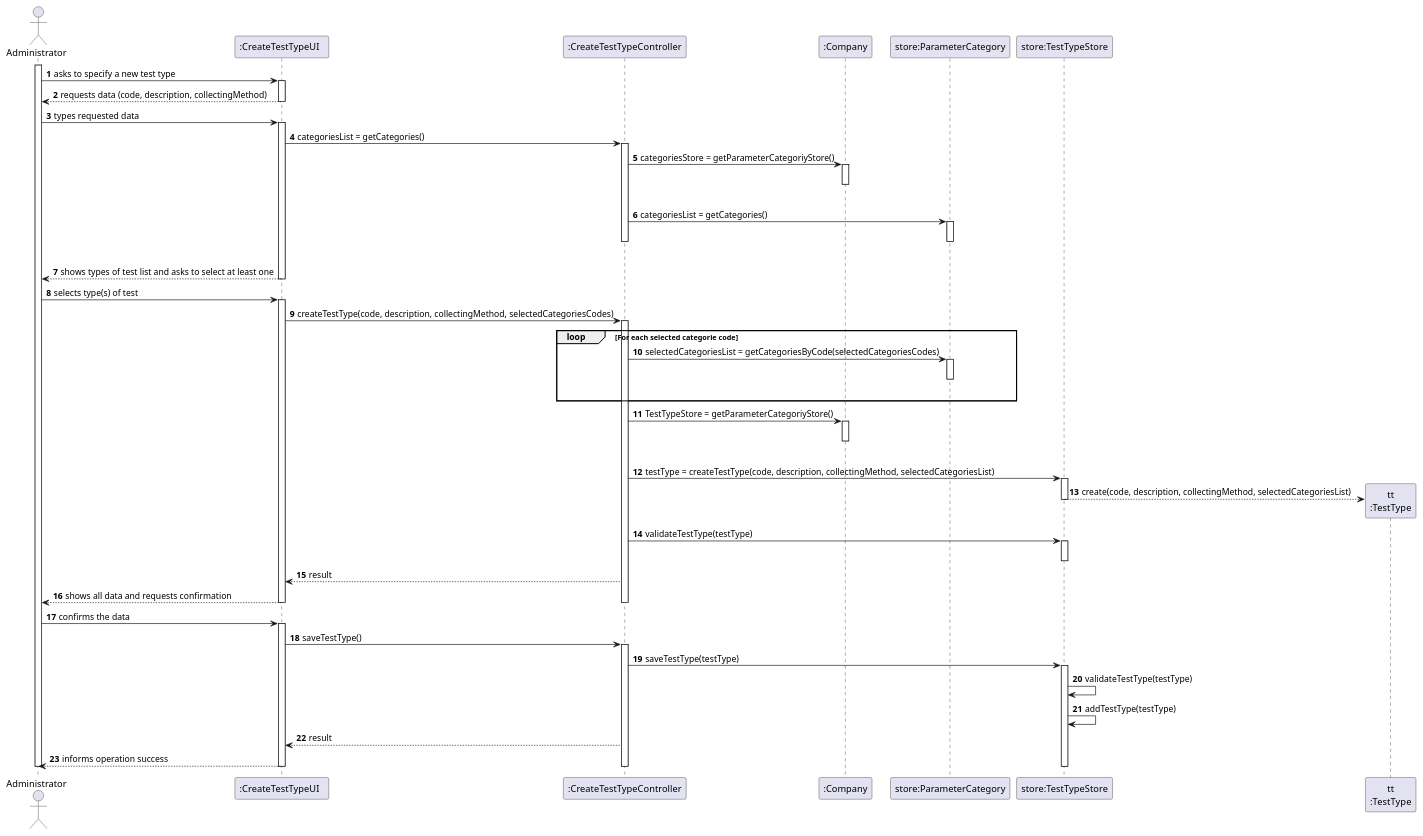
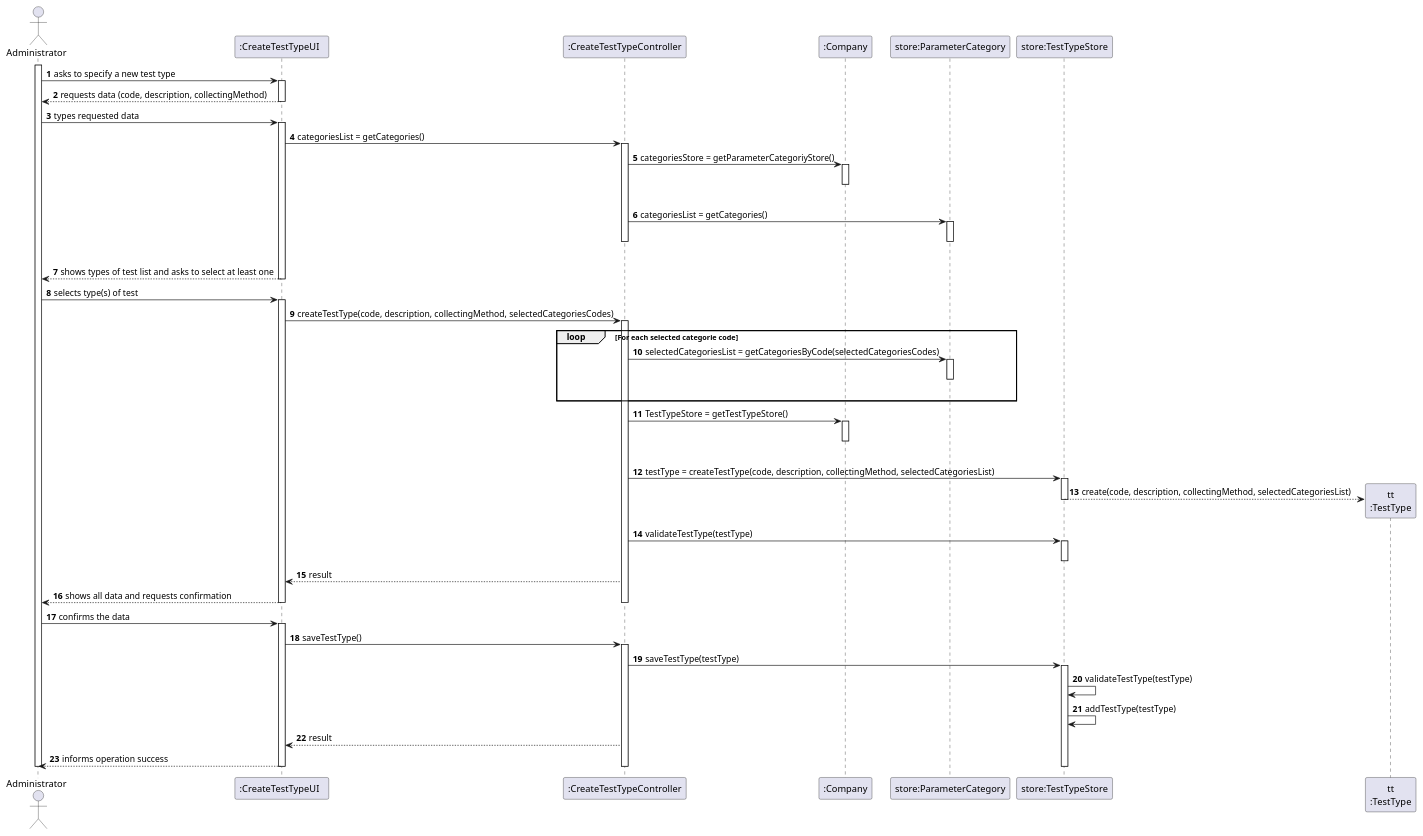
Before and after one commit to ana-albergaria/LAPR2-ISEP: the diagram in docs/SprintB/US_9/US9_SD.puml, drawn with PlantUML. The commit also changed 5 other files, not shown here.

```diff
--- a/docs/SprintB/US_9/US9_SD.puml
+++ b/docs/SprintB/US_9/US9_SD.puml
@@ -1,100 +1,100 @@
 @startuml
 autonumber
 'hide footbox
 actor "Administrator" as ADM
 
 participant ":CreateTestTypeUI  " as UI
 participant ":CreateTestTypeController" as CTRL
 participant ":Company" as PLAT
 participant "store:ParameterCategory" as TEST_TYPE_STORE
 /'participant ":Platform" as PLAT'/
 participant "store:TestTypeStore" as ORG
 participant "tt\n:TestType" as TAREFA
 
 
 activate ADM
 ADM -> UI : asks to specify a new test type
 activate UI
 UI --> ADM : requests data (code, description, collectingMethod)
 deactivate UI
 
 ADM -> UI : types requested data
 activate UI
 
 UI -> CTRL : categoriesList = getCategories()
 activate CTRL
 
 CTRL -> PLAT : categoriesStore = getParameterCategoriyStore()
 activate PLAT
 |||
 deactivate PLAT
 
 CTRL -> TEST_TYPE_STORE : categoriesList = getCategories()
 activate TEST_TYPE_STORE
 |||
 deactivate TEST_TYPE_STORE
 deactivate CTRL
 
 UI --> ADM : shows types of test list and asks to select at least one
 deactivate PLAT
 deactivate UI
 
 ADM -> UI : selects type(s) of test
 activate UI
 
 UI -> CTRL : createTestType(code, description, collectingMethod, selectedCategoriesCodes)
 activate CTRL
 
 /'CTRL -> PLAT : categoriesStore = getCategoriesList()
 activate PLAT
 |||
 deactivate PLAT'/
 
 loop For each selected categorie code
 CTRL -> TEST_TYPE_STORE : selectedCategoriesList = getCategoriesByCode(selectedCategoriesCodes)
 activate TEST_TYPE_STORE
 |||
 deactivate TEST_TYPE_STORE
 end
 
-CTRL -> PLAT : TestTypeStore = getParameterCategoriyStore()
+CTRL -> PLAT : TestTypeStore = getTestTypeStore()
 activate PLAT
 |||
 deactivate PLAT
 CTRL -> ORG: testType = createTestType(code, description, collectingMethod, selectedCategoriesList)
 activate ORG
 
 ORG --> TAREFA**: create(code, description, collectingMethod, selectedCategoriesList)
 deactivate ORG
 CTRL -> ORG: validateTestType(testType)
 activate ORG
 deactivate ORG
 CTRL --> UI: result
 
 UI --> ADM: shows all data and requests confirmation
 deactivate ORG
 deactivate PLAT
 deactivate CTRL
 deactivate UI
 
 ADM -> UI : confirms the data
 activate UI
 UI -> CTRL : saveTestType()
 activate CTRL
 
 CTRL -> ORG : saveTestType(testType)
 activate ORG
 
 ORG -> ORG: validateTestType(testType)
 ORG -> ORG: addTestType(testType)
 
 CTRL --> UI: result
 
 UI --> ADM : informs operation success
 deactivate ORG
 deactivate CTRL
 deactivate UI
 
 deactivate ADM
 
 @enduml
```
